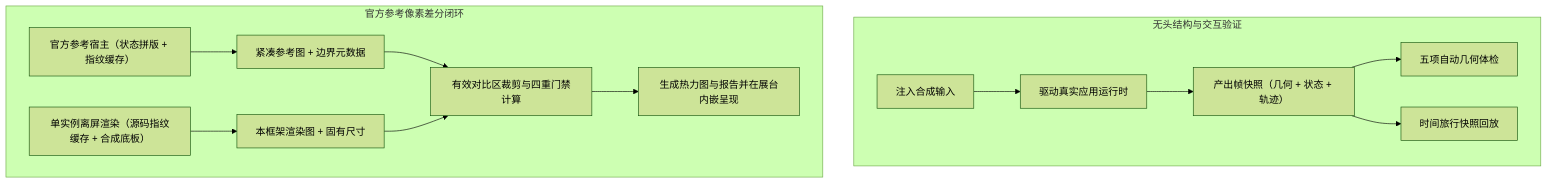
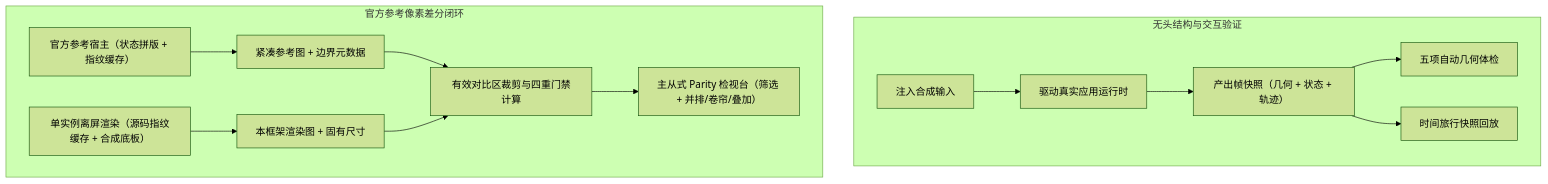
Before and after one commit to pengjiaxusz/unbound-ui: the diagram in docs/architecture/03-扩展系统（subsystems）/无头验证与展台（verification-and-showcase）.md, drawn with Mermaid (forest theme). The commit also changed other lines of this file and 14 other files, not shown here.

First line of the commit message:
feat(showcase): 重构展台信息架构、分类导览与主从式 Parity 多视图检视台 (#243)

````diff
--- a/docs/architecture/03-扩展系统（subsystems）/无头验证与展台（verification-and-showcase）.md
+++ b/docs/architecture/03-扩展系统（subsystems）/无头验证与展台（verification-and-showcase）.md
@@ -16,17 +18,17 @@
 ```mermaid
 flowchart TB
     subgraph Headless["无头结构与交互验证"]
         Test["注入合成输入"] --> Runtime["驱动真实应用运行时"]
         Runtime --> Frame["产出帧快照（几何 + 状态 + 轨迹）"]
         Frame --> Audit["五项自动几何体检"]
         Frame --> Replay["时间旅行快照回放"]
     end
 
     subgraph Parity["官方参考像素差分闭环"]
         RefHost["官方参考宿主（状态拼版 + 指纹缓存）"] --> RefCap["紧凑参考图 + 边界元数据"]
         OurRender["单实例离屏渲染（源码指纹缓存 + 合成底板）"] --> OurCap["本框架渲染图 + 固有尺寸"]
         RefCap --> RoiDiff["有效对比区裁剪与四重门禁计算"]
         OurCap --> RoiDiff
-        RoiDiff --> GalleryReport["生成热力图与报告并在展台内嵌呈现"]
+        RoiDiff --> GalleryReport["主从式 Parity 检视台（筛选 + 并排/卷帘/叠加）"]
     end
 ```
````
